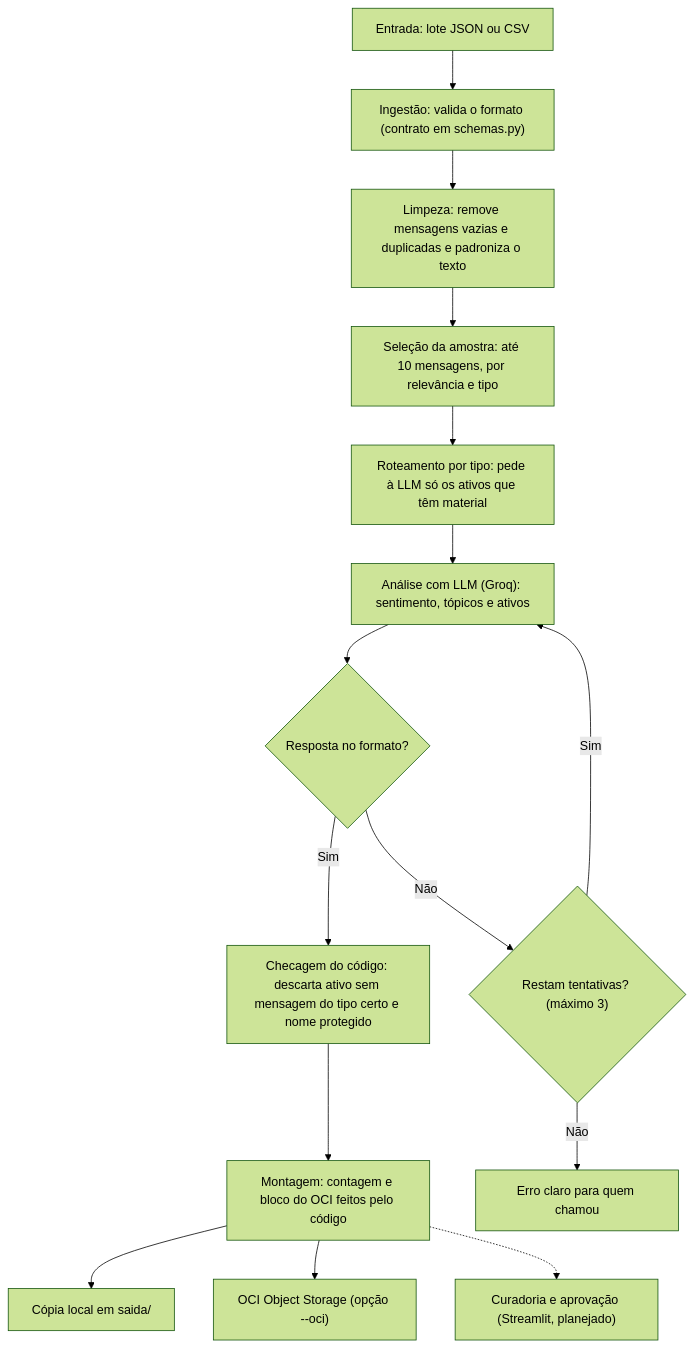
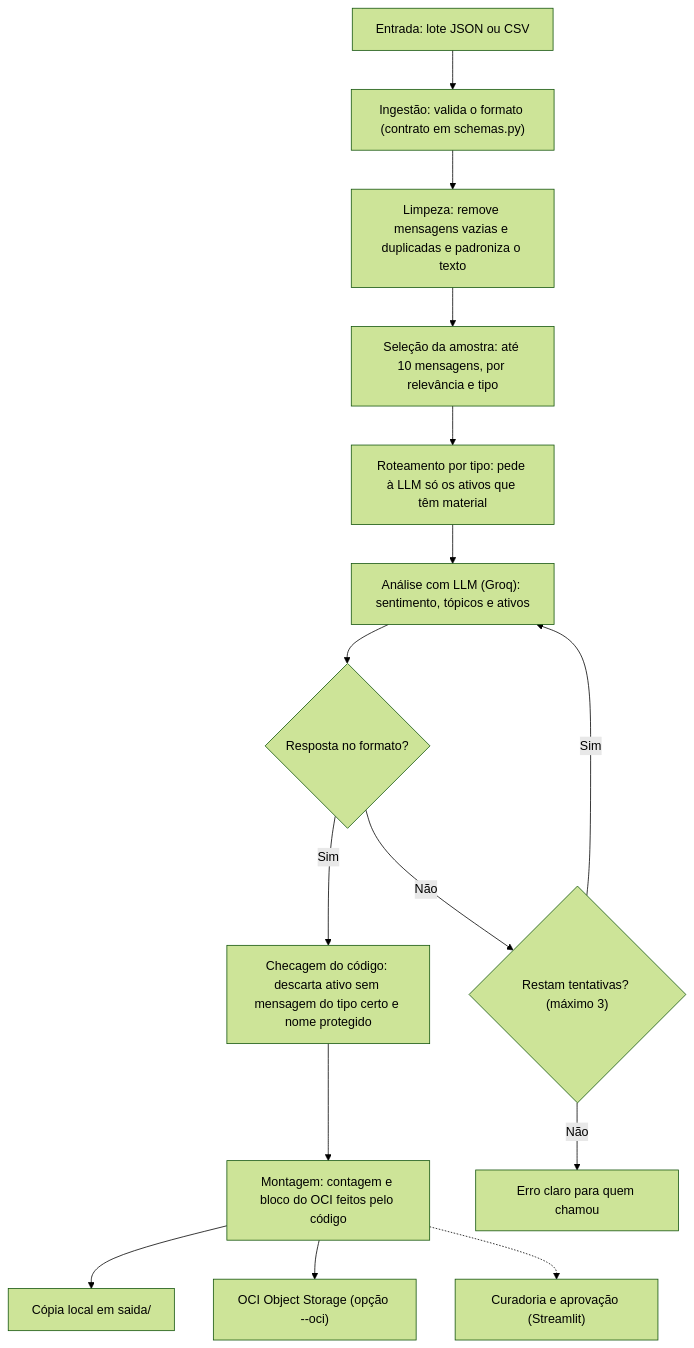
Before and after one commit to No-Country-simulation/G10-Brasil-equipo12-CommunityLab: the diagram in README.md, drawn with Mermaid (forest theme). The commit also changed other lines of this file and 3 other files, not shown here.

````diff
--- a/README.md
+++ b/README.md
@@ -62,17 +62,17 @@
 ```mermaid
 graph TD
     A["Entrada: lote JSON ou CSV"] --> B["Ingestão: valida o formato (contrato em schemas.py)"]
     B --> C["Limpeza: remove mensagens vazias e duplicadas e padroniza o texto"]
     C --> S["Seleção da amostra: até 10 mensagens, por relevância e tipo"]
     S --> T["Roteamento por tipo: pede à LLM só os ativos que têm material"]
     T --> D["Análise com LLM (Groq): sentimento, tópicos e ativos"]
     D --> E{"Resposta no formato?"}
     E -->|Sim| K["Checagem do código: descarta ativo sem mensagem do tipo certo e nome protegido"]
     K --> F["Montagem: contagem e bloco do OCI feitos pelo código"]
     E -->|Não| R{"Restam tentativas? (máximo 3)"}
     R -->|Sim| D
     R -->|Não| X["Erro claro para quem chamou"]
     F --> G["Cópia local em saida/"]
     F --> H["OCI Object Storage (opção --oci)"]
-    F -.-> I["Curadoria e aprovação (Streamlit, planejado)"]
+    F -.-> I["Curadoria e aprovação (Streamlit)"]
 ```
````
